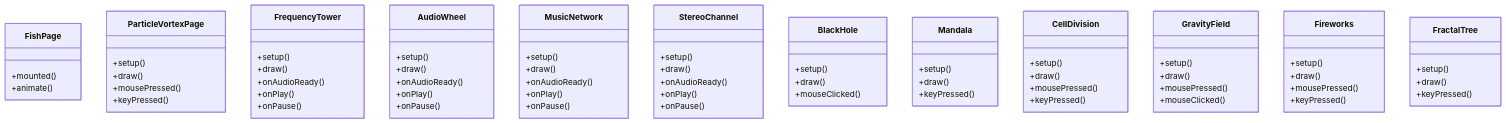
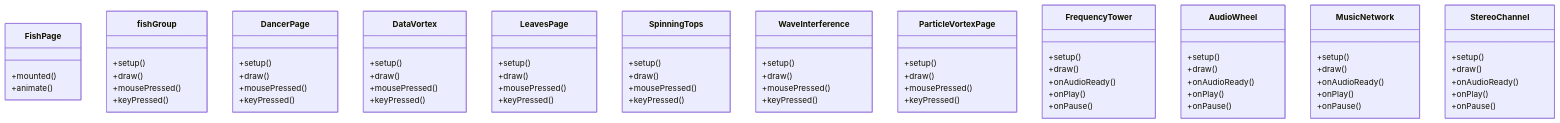
The sixth of 14 diagrams in .qoder/repowiki/zh/content/动画系统/动画系统.md (yuyezhizhi/yuyezhizhi.github.io), drawn with Mermaid before and after one commit. The commit also changed other lines of this file and 10 other files, not shown here.

````diff
--- a/.qoder/repowiki/zh/content/动画系统/动画系统.md
+++ b/.qoder/repowiki/zh/content/动画系统/动画系统.md
@@ -203,74 +214,77 @@
 ```mermaid
 classDiagram
 class FishPage {
 +mounted()
 +animate()
+}
+class fishGroup {
++setup()
++draw()
++mousePressed()
++keyPressed()
+}
+class DancerPage {
++setup()
++draw()
++mousePressed()
++keyPressed()
+}
+class DataVortex {
++setup()
++draw()
++mousePressed()
++keyPressed()
+}
+class LeavesPage {
++setup()
++draw()
++mousePressed()
++keyPressed()
+}
+class SpinningTops {
++setup()
++draw()
++mousePressed()
++keyPressed()
+}
+class WaveInterference {
++setup()
++draw()
++mousePressed()
++keyPressed()
 }
 class ParticleVortexPage {
 +setup()
 +draw()
 +mousePressed()
 +keyPressed()
 }
 class FrequencyTower {
 +setup()
 +draw()
 +onAudioReady()
 +onPlay()
 +onPause()
 }
 class AudioWheel {
 +setup()
 +draw()
 +onAudioReady()
 +onPlay()
 +onPause()
 }
 class MusicNetwork {
 +setup()
 +draw()
 +onAudioReady()
 +onPlay()
 +onPause()
 }
 class StereoChannel {
 +setup()
 +draw()
 +onAudioReady()
 +onPlay()
 +onPause()
 }
-class BlackHole {
-+setup()
-+draw()
-+mouseClicked()
-}
-class Mandala {
-+setup()
-+draw()
-+keyPressed()
-}
-class CellDivision {
-+setup()
-+draw()
-+mousePressed()
-+keyPressed()
-}
-class GravityField {
-+setup()
-+draw()
-+mousePressed()
-+mouseClicked()
-}
-class Fireworks {
-+setup()
-+draw()
-+mousePressed()
-+keyPressed()
-}
-class FractalTree {
-+setup()
-+draw()
-+keyPressed()
-}
 ```
````
